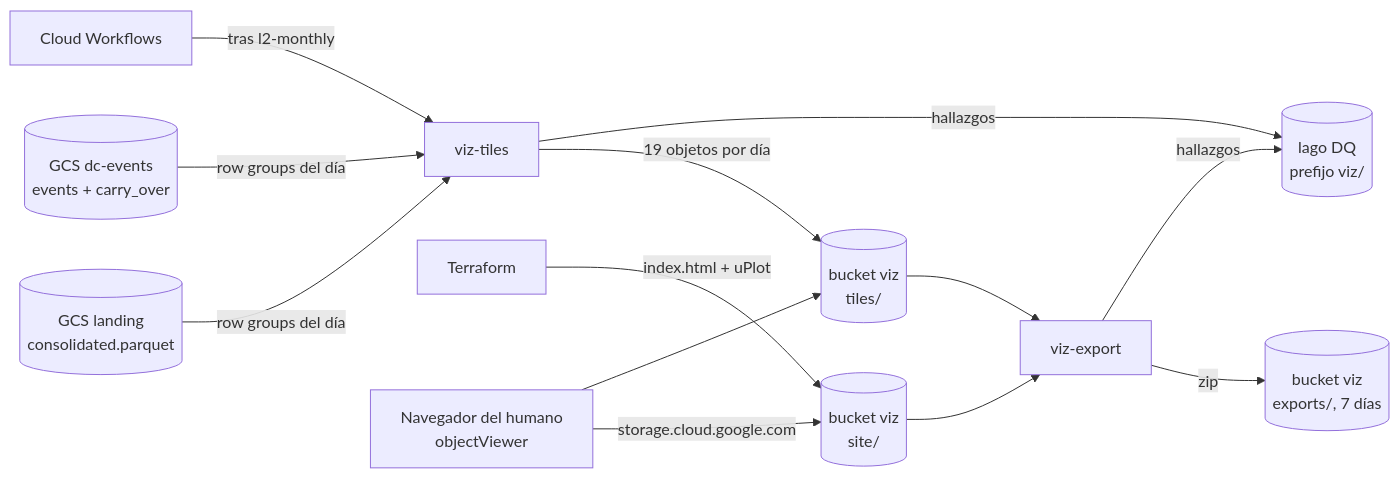
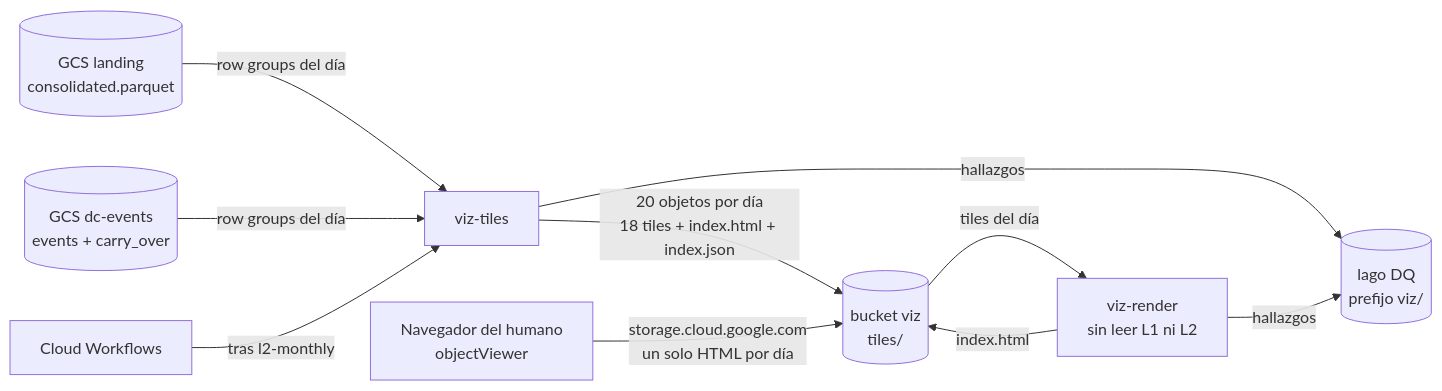
Before and after one commit to byroncz/intrinsica: the diagram in docs/TRD/viz.md, drawn with Mermaid. The commit also changed other lines of this file and 23 other files, not shown here.

````diff
--- a/docs/TRD/viz.md
+++ b/docs/TRD/viz.md
@@ -562,15 +592,12 @@
 ```mermaid
 flowchart LR
     L1[(GCS landing<br/>consolidated.parquet)] -->|row groups del día| TL[viz-tiles]
     L2[(GCS dc-events<br/>events + carry_over)] -->|row groups del día| TL
-    TL -->|19 objetos por día| T[(bucket viz<br/>tiles/)]
+    TL -->|20 objetos por día<br/>18 tiles + index.html + index.json| T[(bucket viz<br/>tiles/)]
     TL -->|hallazgos| DQ[(lago DQ<br/>prefijo viz/)]
     WF[Cloud Workflows] -->|tras l2-monthly| TL
-    TF[Terraform] -->|index.html + uPlot| S[(bucket viz<br/>site/)]
-    T --> EX[viz-export]
-    S --> EX
-    EX -->|zip| X[(bucket viz<br/>exports/, 7 días)]
-    EX -->|hallazgos| DQ
-    U[Navegador del humano<br/>objectViewer] -->|storage.cloud.google.com| S
-    U --> T
+    T -->|tiles del día| RN[viz-render<br/>sin leer L1 ni L2]
+    RN -->|index.html| T
+    RN -->|hallazgos| DQ
+    U[Navegador del humano<br/>objectViewer] -->|storage.cloud.google.com<br/>un solo HTML por día| T
 ```
````
